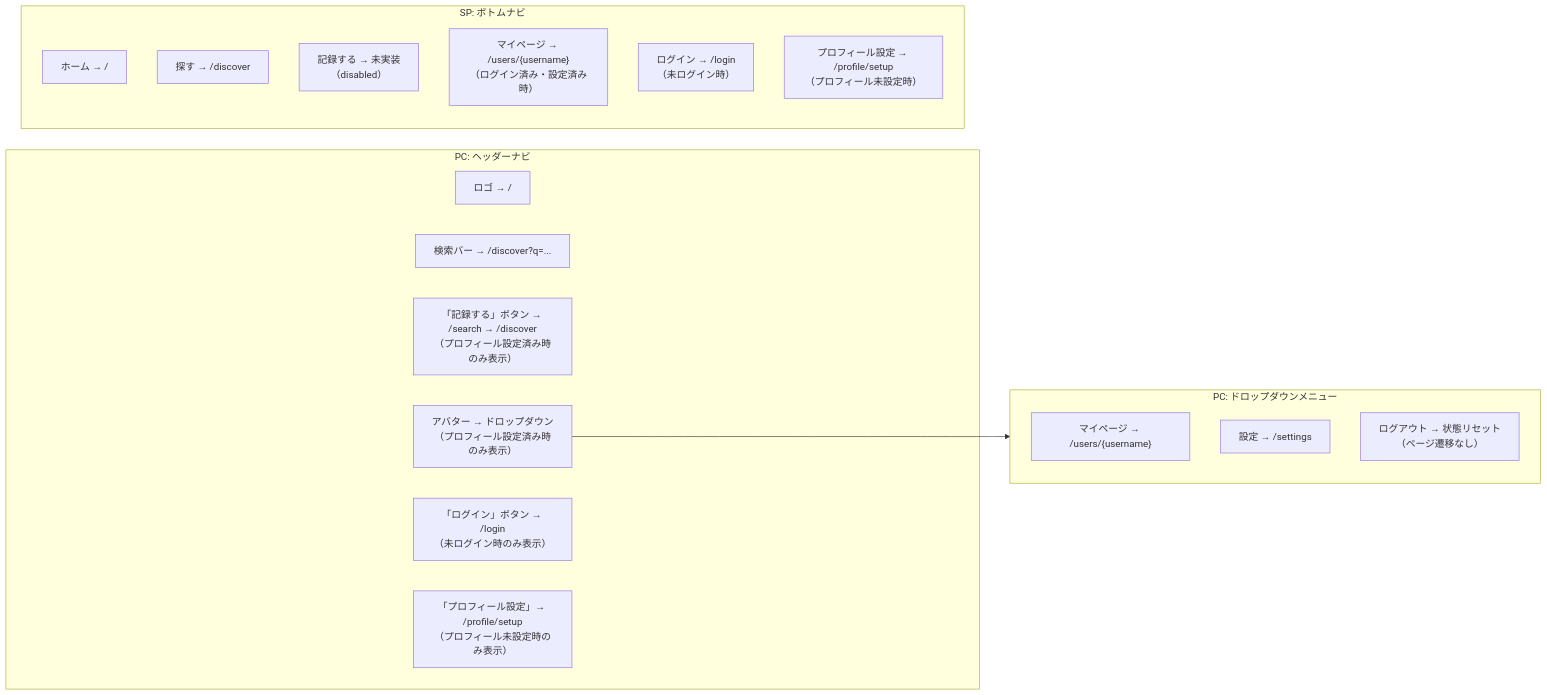
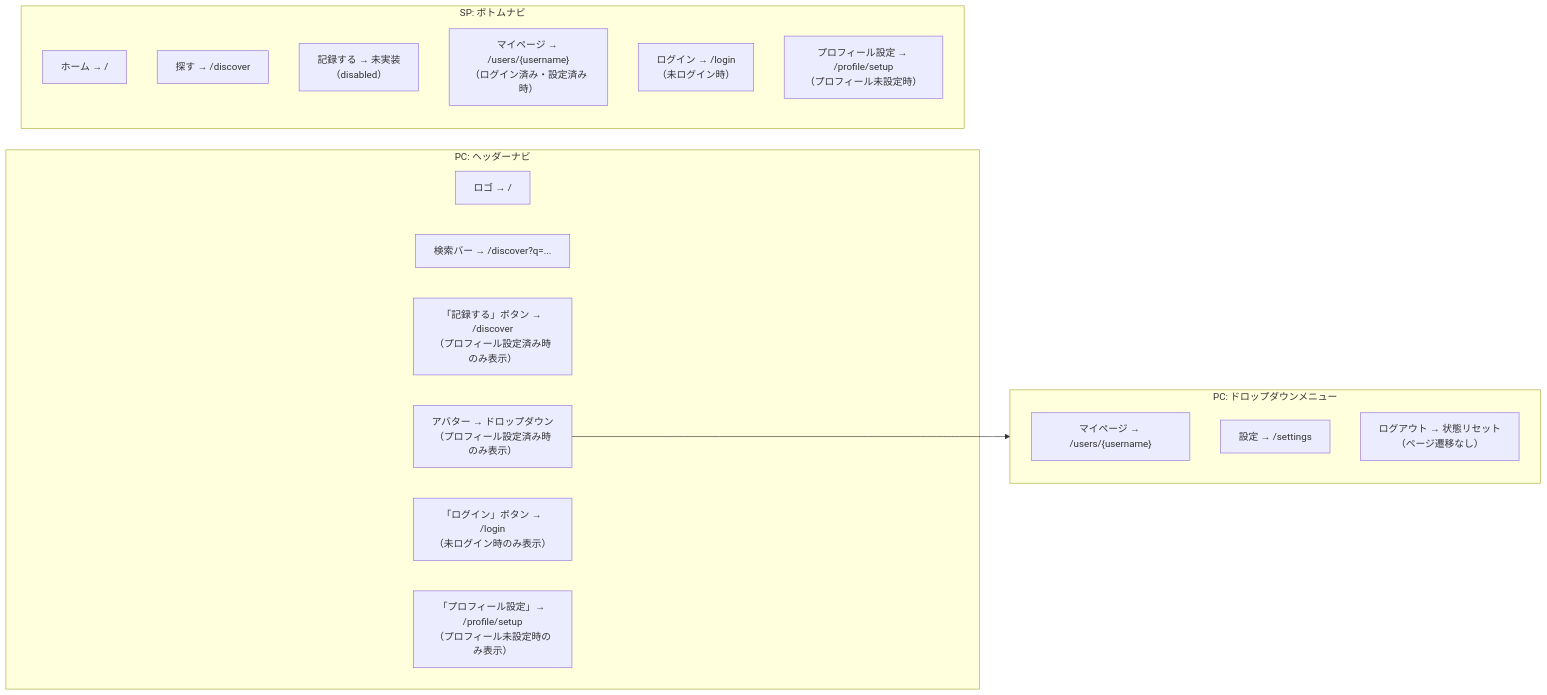
The third of 3 diagrams in frontend/docs/screens.md (Koseeee-27/podlog), drawn with Mermaid before and after one commit. The commit also changed other lines of this file and 2 other files, not shown here.

Commit message:
refactor: /search ページを削除し関連リンクを /discover に統一

````diff
--- a/frontend/docs/screens.md
+++ b/frontend/docs/screens.md
@@ -166,28 +164,28 @@
 ```mermaid
 flowchart LR
     subgraph PC["PC: ヘッダーナビ"]
         PC_LOGO["ロゴ → /"]
         PC_SEARCH["検索バー → /discover?q=..."]
-        PC_RECORD["「記録する」ボタン → /search → /discover<br>（プロフィール設定済み時のみ表示）"]
+        PC_RECORD["「記録する」ボタン → /discover<br>（プロフィール設定済み時のみ表示）"]
         PC_AVATAR["アバター → ドロップダウン<br>（プロフィール設定済み時のみ表示）"]
         PC_LOGIN_BTN["「ログイン」ボタン → /login<br>（未ログイン時のみ表示）"]
         PC_SETUP_BTN["「プロフィール設定」→ /profile/setup<br>（プロフィール未設定時のみ表示）"]
     end
 
     subgraph DROPDOWN["PC: ドロップダウンメニュー"]
         DD_MYPAGE["マイページ → /users/{username}"]
         DD_SETTINGS["設定 → /settings"]
         DD_LOGOUT["ログアウト → 状態リセット<br>（ページ遷移なし）"]
     end
 
     subgraph SP["SP: ボトムナビ"]
         SP_HOME["ホーム → /"]
         SP_DISCOVER["探す → /discover"]
         SP_RECORD["記録する → 未実装<br>（disabled）"]
         SP_USER["マイページ → /users/{username}<br>（ログイン済み・設定済み時）"]
         SP_LOGIN["ログイン → /login<br>（未ログイン時）"]
         SP_SETUP["プロフィール設定 → /profile/setup<br>（プロフィール未設定時）"]
     end
 
     PC_AVATAR --> DROPDOWN
 ```
````
